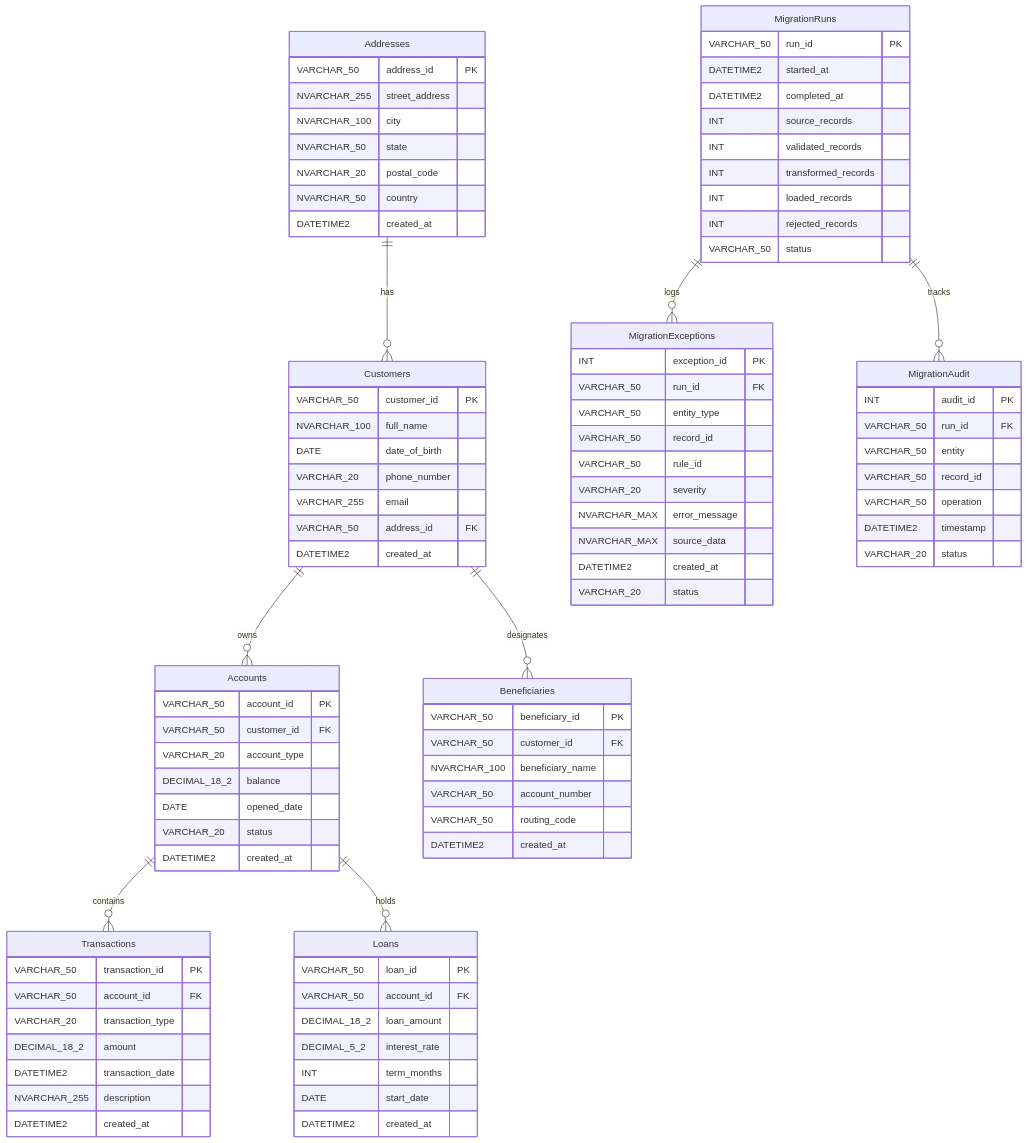
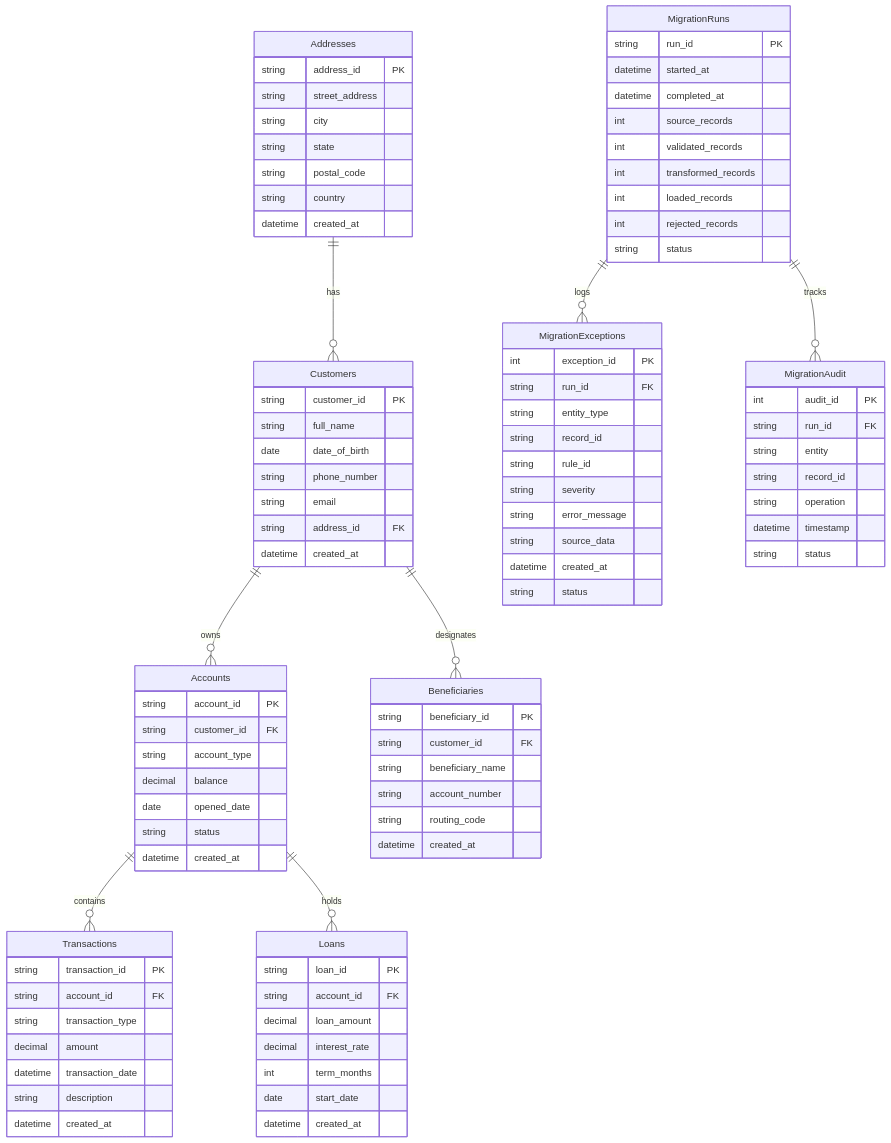
Before and after one commit to piyushi-singhal/BankMigrate: the second of 2 diagrams in docs/database-schema.md, drawn with Mermaid. The commit also changed other lines of this file and 2 other files, not shown here.

Commit message:
Errors fixed

````diff
--- a/docs/database-schema.md
+++ b/docs/database-schema.md
@@ -74,96 +74,96 @@
     MigrationRuns ||--o{ MigrationAudit : "tracks"
 
     Addresses {
-        VARCHAR_50 address_id PK
-        NVARCHAR_255 street_address
-        NVARCHAR_100 city
-        NVARCHAR_50 state
-        NVARCHAR_20 postal_code
-        NVARCHAR_50 country
-        DATETIME2 created_at
+        string address_id PK
+        string street_address
+        string city
+        string state
+        string postal_code
+        string country
+        datetime created_at
     }
 
     Customers {
-        VARCHAR_50 customer_id PK
-        NVARCHAR_100 full_name
-        DATE date_of_birth
-        VARCHAR_20 phone_number
-        VARCHAR_255 email
-        VARCHAR_50 address_id FK
-        DATETIME2 created_at
+        string customer_id PK
+        string full_name
+        date date_of_birth
+        string phone_number
+        string email
+        string address_id FK
+        datetime created_at
     }
 
     Accounts {
-        VARCHAR_50 account_id PK
-        VARCHAR_50 customer_id FK
-        VARCHAR_20 account_type
-        DECIMAL_18_2 balance
-        DATE opened_date
-        VARCHAR_20 status
-        DATETIME2 created_at
+        string account_id PK
+        string customer_id FK
+        string account_type
+        decimal balance
+        date opened_date
+        string status
+        datetime created_at
     }
 
     Transactions {
-        VARCHAR_50 transaction_id PK
-        VARCHAR_50 account_id FK
-        VARCHAR_20 transaction_type
-        DECIMAL_18_2 amount
-        DATETIME2 transaction_date
-        NVARCHAR_255 description
-        DATETIME2 created_at
+        string transaction_id PK
+        string account_id FK
+        string transaction_type
+        decimal amount
+        datetime transaction_date
+        string description
+        datetime created_at
     }
 
     Loans {
-        VARCHAR_50 loan_id PK
-        VARCHAR_50 account_id FK
-        DECIMAL_18_2 loan_amount
-        DECIMAL_5_2 interest_rate
-        INT term_months
-        DATE start_date
-        DATETIME2 created_at
+        string loan_id PK
+        string account_id FK
+        decimal loan_amount
+        decimal interest_rate
+        int term_months
+        date start_date
+        datetime created_at
     }
 
     Beneficiaries {
-        VARCHAR_50 beneficiary_id PK
-        VARCHAR_50 customer_id FK
-        NVARCHAR_100 beneficiary_name
-        VARCHAR_50 account_number
-        VARCHAR_50 routing_code
-        DATETIME2 created_at
+        string beneficiary_id PK
+        string customer_id FK
+        string beneficiary_name
+        string account_number
+        string routing_code
+        datetime created_at
     }
 
     MigrationRuns {
-        VARCHAR_50 run_id PK
-        DATETIME2 started_at
-        DATETIME2 completed_at
-        INT source_records
-        INT validated_records
-        INT transformed_records
-        INT loaded_records
-        INT rejected_records
-        VARCHAR_50 status
+        string run_id PK
+        datetime started_at
+        datetime completed_at
+        int source_records
+        int validated_records
+        int transformed_records
+        int loaded_records
+        int rejected_records
+        string status
     }
 
     MigrationExceptions {
-        INT exception_id PK
-        VARCHAR_50 run_id FK
-        VARCHAR_50 entity_type
-        VARCHAR_50 record_id
-        VARCHAR_50 rule_id
-        VARCHAR_20 severity
-        NVARCHAR_MAX error_message
-        NVARCHAR_MAX source_data
-        DATETIME2 created_at
-        VARCHAR_20 status
+        int exception_id PK
+        string run_id FK
+        string entity_type
+        string record_id
+        string rule_id
+        string severity
+        string error_message
+        string source_data
+        datetime created_at
+        string status
     }
 
     MigrationAudit {
-        INT audit_id PK
-        VARCHAR_50 run_id FK
-        VARCHAR_50 entity
-        VARCHAR_50 record_id
-        VARCHAR_50 operation
-        DATETIME2 timestamp
-        VARCHAR_20 status
+        int audit_id PK
+        string run_id FK
+        string entity
+        string record_id
+        string operation
+        datetime timestamp
+        string status
     }
 ```
````
